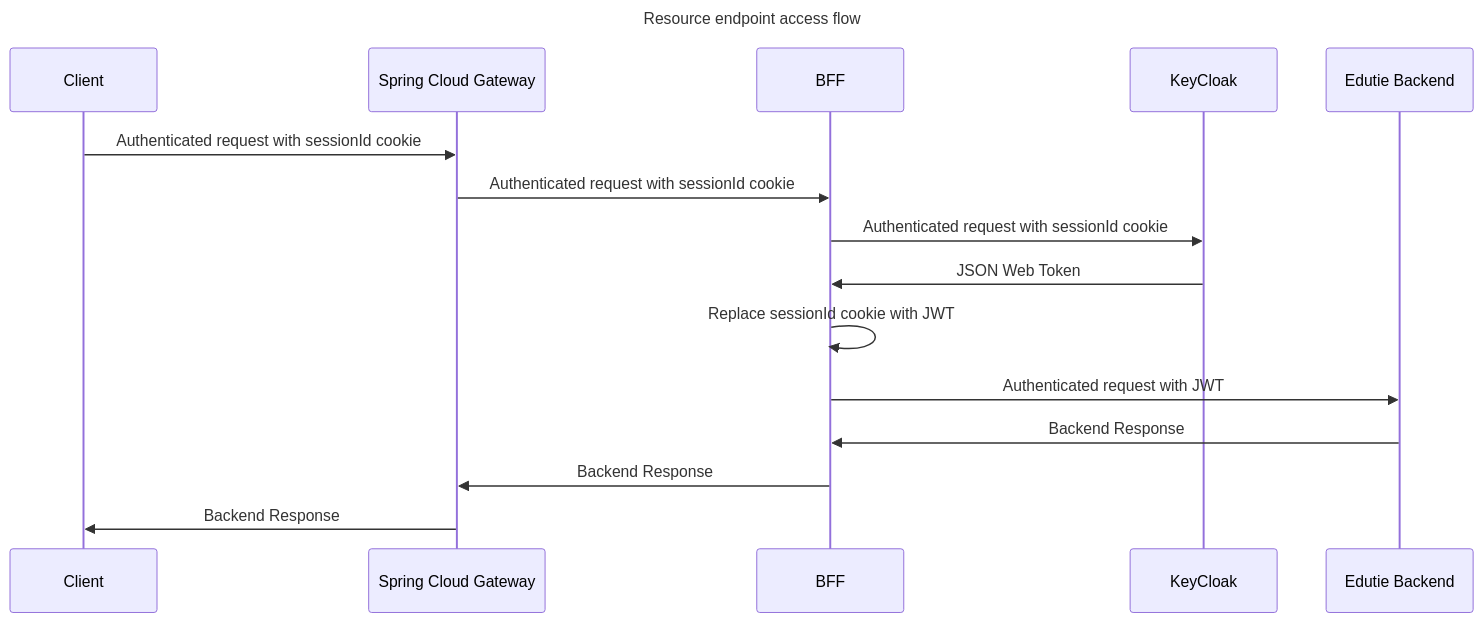
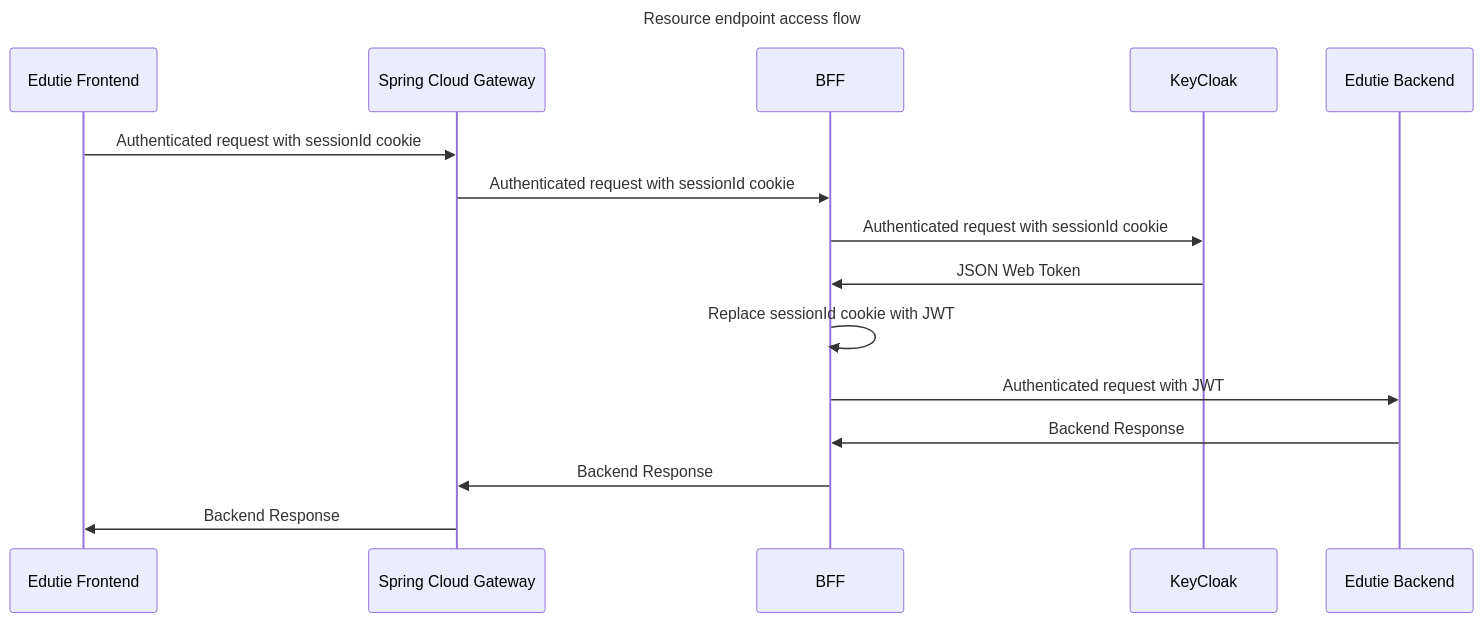
The second of 2 diagrams in docs/auth/readme.md (EdutieProject/edutie-backend), drawn with Mermaid before and after one commit. The commit also changed other lines of this file, not shown here.

Commit message:
Login mermaid approach 1

````diff
--- a/docs/auth/readme.md
+++ b/docs/auth/readme.md
@@ -35,15 +55,15 @@
 ```mermaid
 ---
 title: Resource endpoint access flow
 ---
 sequenceDiagram
-    Client->>Spring Cloud Gateway: Authenticated request with sessionId cookie
+    Edutie Frontend->>Spring Cloud Gateway: Authenticated request with sessionId cookie
     Spring Cloud Gateway->>BFF: Authenticated request with sessionId cookie
     BFF->>KeyCloak: Authenticated request with sessionId cookie
     KeyCloak->>BFF: JSON Web Token
     BFF->>BFF: Replace sessionId cookie with JWT
     BFF->>Edutie Backend: Authenticated request with JWT
     Edutie Backend->>BFF: Backend Response
     BFF->>Spring Cloud Gateway: Backend Response
-    Spring Cloud Gateway->>Client: Backend Response
+    Spring Cloud Gateway->>Edutie Frontend: Backend Response
 ```
````
